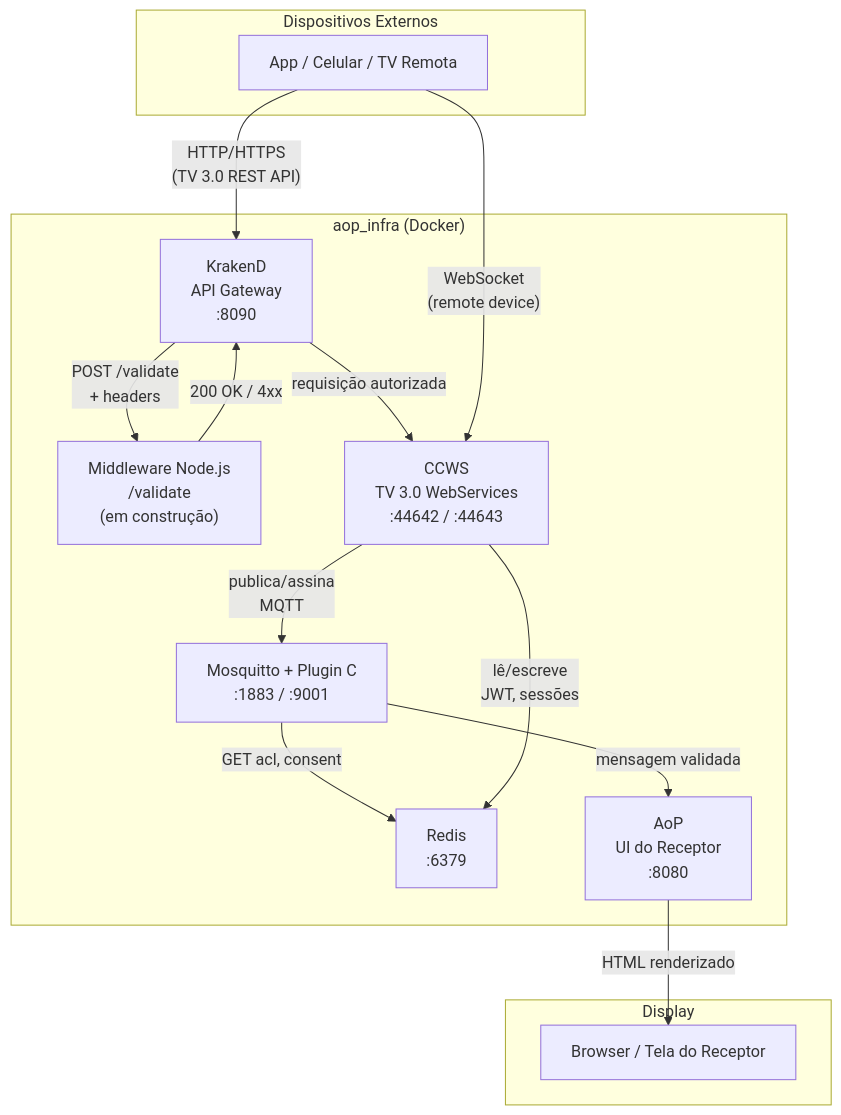
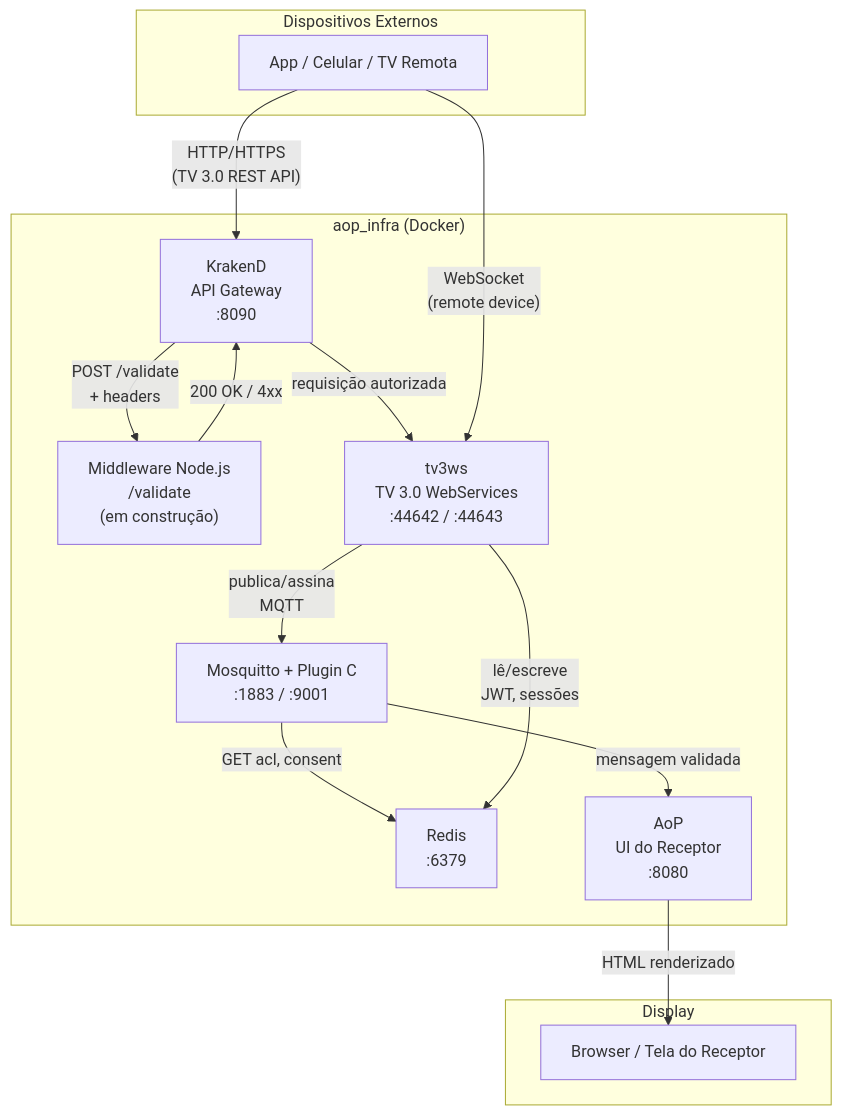
The first of 2 diagrams in docs/01-visao-geral.md (multisens/Infra), drawn with Mermaid before and after one commit. The commit also changed other lines of this file and 32 other files, not shown here.

````diff
--- a/docs/01-visao-geral.md
+++ b/docs/01-visao-geral.md
@@ -5,33 +7,33 @@
 ```mermaid
 graph TD
     subgraph Externos["Dispositivos Externos"]
         APP["App / Celular / TV Remota"]
     end
 
     subgraph Infra["aop_infra (Docker)"]
         KD["KrakenD\nAPI Gateway\n:8090"]
         MW["Middleware Node.js\n/validate\n(em construção)"]
-        CCWS["CCWS\nTV 3.0 WebServices\n:44642 / :44643"]
+        TV3WS["tv3ws\nTV 3.0 WebServices\n:44642 / :44643"]
         MQ["Mosquitto + Plugin C\n:1883 / :9001"]
         REDIS["Redis\n:6379"]
         AOP["AoP\nUI do Receptor\n:8080"]
     end
 
     subgraph Display["Display"]
         BROWSER["Browser / Tela do Receptor"]
     end
 
     APP -->|"HTTP/HTTPS\n(TV 3.0 REST API)"| KD
     KD -->|"POST /validate\n+ headers"| MW
     MW -->|"200 OK / 4xx"| KD
-    KD -->|"requisição autorizada"| CCWS
+    KD -->|"requisição autorizada"| TV3WS
 
-    CCWS -->|"publica/assina\nMQTT"| MQ
+    TV3WS -->|"publica/assina\nMQTT"| MQ
     MQ -->|"GET acl, consent"| REDIS
     MQ -->|"mensagem validada"| AOP
 
-    CCWS -->|"lê/escreve\nJWT, sessões"| REDIS
+    TV3WS -->|"lê/escreve\nJWT, sessões"| REDIS
 
     AOP -->|"HTML renderizado"| BROWSER
-    APP -->|"WebSocket\n(remote device)"| CCWS
+    APP -->|"WebSocket\n(remote device)"| TV3WS
 ```
````
